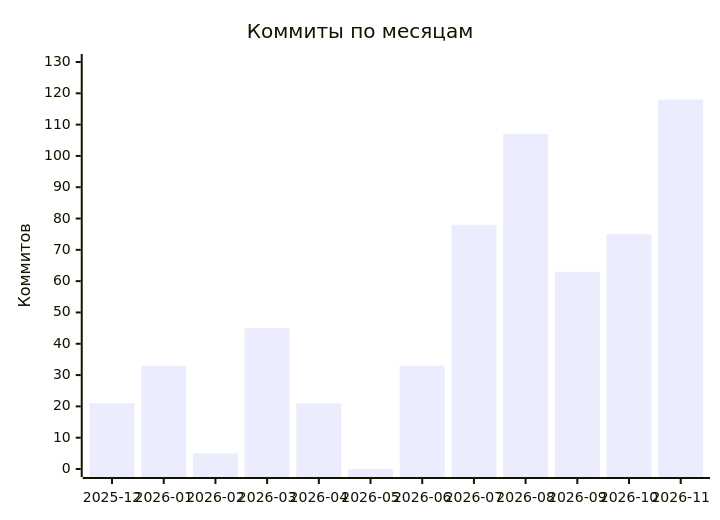
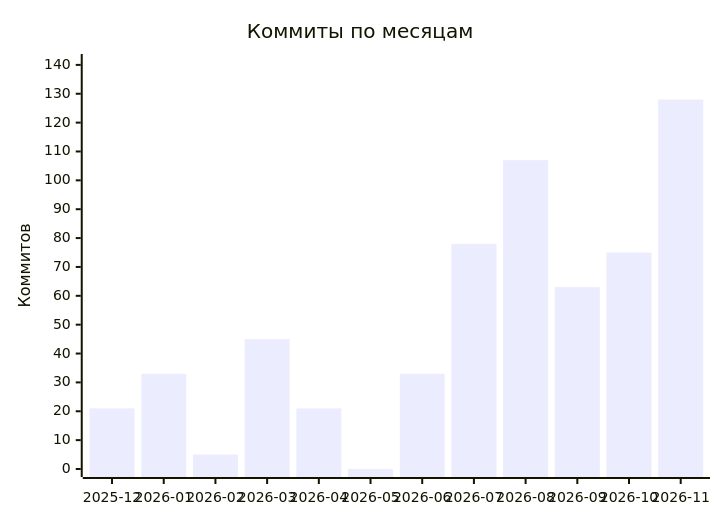
Before and after one commit to malexple/malexple: the diagram in README.md, drawn with Mermaid. The commit also changed other lines of this file and 1 other file, not shown here.

````diff
--- a/README.md
+++ b/README.md
@@ -363,7 +363,7 @@
 ```mermaid
 xychart-beta
     title "Коммиты по месяцам"
     x-axis ["2025-12", "2026-01", "2026-02", "2026-03", "2026-04", "2026-05", "2026-06", "2026-07", "2026-08", "2026-09", "2026-10", "2026-11"]
-    y-axis "Коммитов" 0 --> 130
-    bar [21, 33, 5, 45, 21, 0, 33, 78, 107, 63, 75, 118]
+    y-axis "Коммитов" 0 --> 141
+    bar [21, 33, 5, 45, 21, 0, 33, 78, 107, 63, 75, 128]
 ```
````
